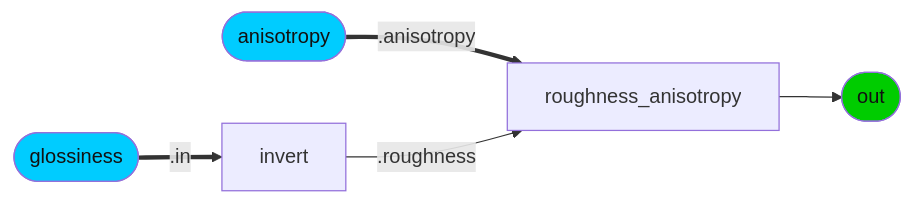
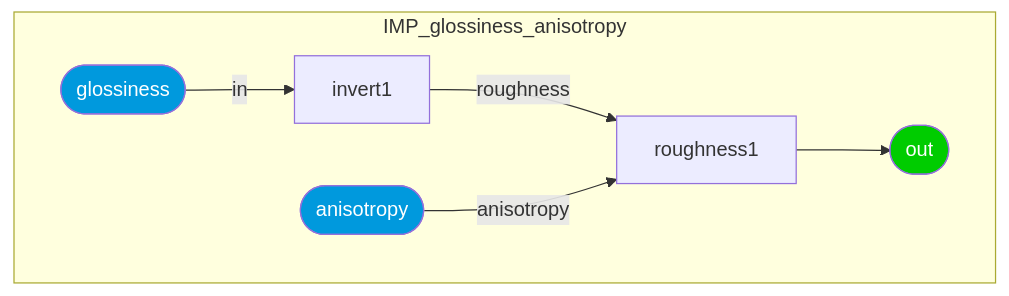
The diagram in documents/definitions/pbrlib_doc.md (kwokcb/MaterialX_Learn), drawn with Mermaid before and after one commit. The commit also changed 1015 other files, not shown here.

````diff
--- a/documents/definitions/pbrlib_doc.md
+++ b/documents/definitions/pbrlib_doc.md
@@ -657,11 +657,17 @@
 ```mermaid
-graph LR; 
-    IMP_glossiness_anisotropy_roughness1[roughness_anisotropy] --> IMP_glossiness_anisotropy_out([out])
-    style IMP_glossiness_anisotropy_out fill:#0C0, color:#111
-    IMP_glossiness_anisotropy_anisotropyINT([anisotropy]) ==.anisotropy==> IMP_glossiness_anisotropy_roughness1[roughness_anisotropy]
-    style IMP_glossiness_anisotropy_anisotropyINT fill:#0CF, color:#111
-    IMP_glossiness_anisotropy_invert1[invert] --".roughness"--> IMP_glossiness_anisotropy_roughness1[roughness_anisotropy]
-    IMP_glossiness_anisotropy_glossinessINT([glossiness]) ==.in==> IMP_glossiness_anisotropy_invert1[invert]
-    style IMP_glossiness_anisotropy_glossinessINT fill:#0CF, color:#111
-
+graph TB
+    subgraph IMP_glossiness_anisotropy
+    IMP_glossiness_anisotropy_invert1[invert1]
+    IMP_glossiness_anisotropy_roughness1[roughness1]
+    style IMP_glossiness_anisotropy_out  fill:#0C0, color:#FFF
+    IMP_glossiness_anisotropy_out([out])
+    style IMP_glossiness_anisotropy_glossiness  fill:#09D, color:#FFF
+    IMP_glossiness_anisotropy_glossiness([glossiness])
+    style IMP_glossiness_anisotropy_anisotropy  fill:#09D, color:#FFF
+    IMP_glossiness_anisotropy_anisotropy([anisotropy])
+    end
+    IMP_glossiness_anisotropy_glossiness --"in"--> IMP_glossiness_anisotropy_invert1
+    IMP_glossiness_anisotropy_invert1 --"roughness"--> IMP_glossiness_anisotropy_roughness1
+    IMP_glossiness_anisotropy_anisotropy --"anisotropy"--> IMP_glossiness_anisotropy_roughness1
+    IMP_glossiness_anisotropy_roughness1 --> IMP_glossiness_anisotropy_out
 ```
````
